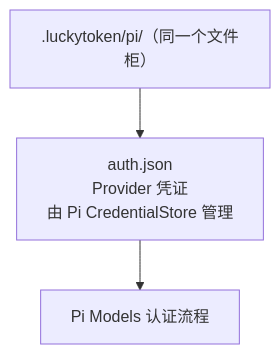
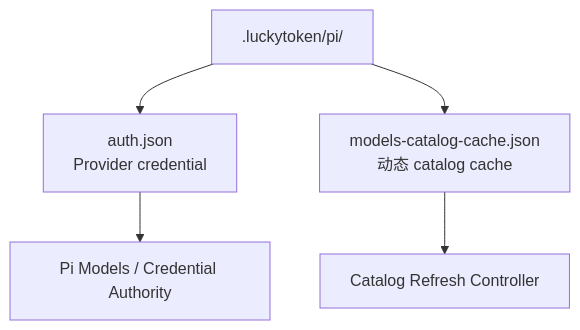
Before and after one commit to keeplearning2026/LuckyToken: diagram 11 of 19 in doc/LuckyTokenArchitecture.md, drawn with Mermaid. The commit also changed other lines of this file and 19 other files, not shown here.

Commit message:
docs: synchronize current architecture and product guidance

````diff
--- a/doc/LuckyTokenArchitecture.md
+++ b/doc/LuckyTokenArchitecture.md
@@ -1548,5 +1488,7 @@
 ```mermaid
 flowchart TB
-    D[".luckytoken/pi/（同一个文件柜）"] --> A["auth.json\nProvider 凭证\n由 Pi CredentialStore 管理"]
-    A --> P["Pi Models 认证流程"]
+    D[".luckytoken/pi/"] --> A["auth.json\nProvider credential"]
+    D --> C["models-catalog-cache.json\n动态 catalog cache"]
+    A --> P["Pi Models / Credential Authority"]
+    C --> R["Catalog Refresh Controller"]
 ```
````
